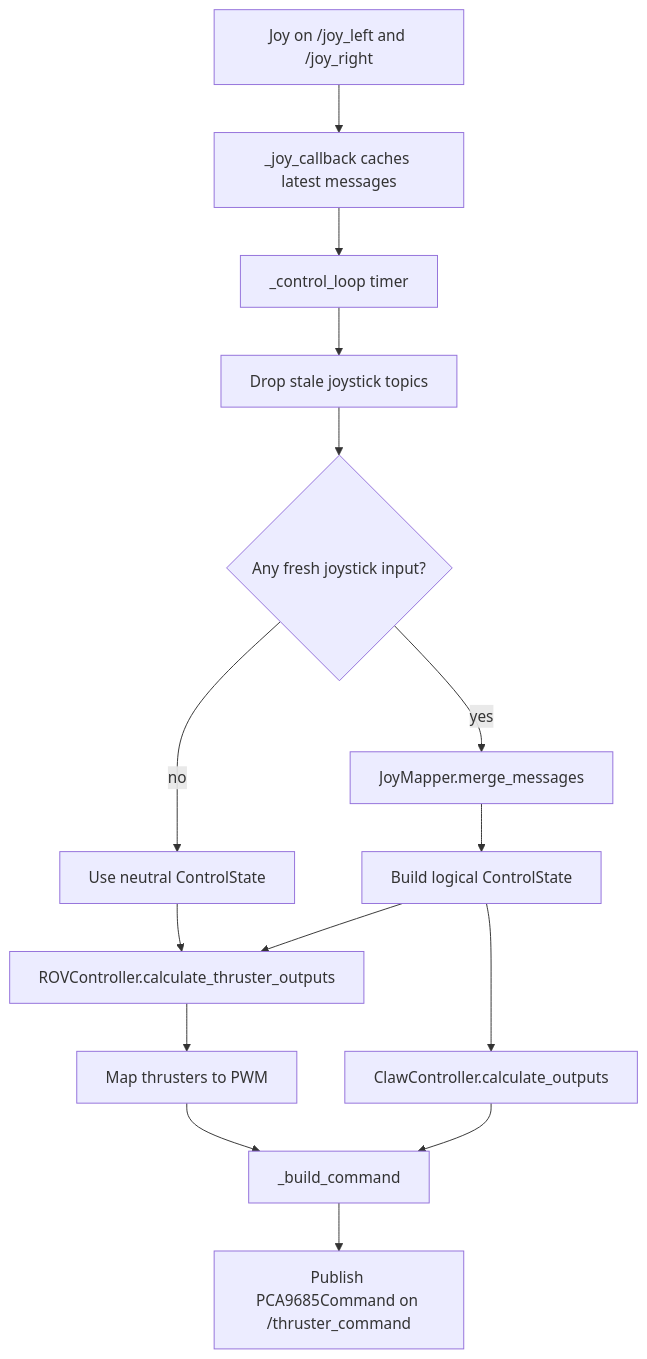
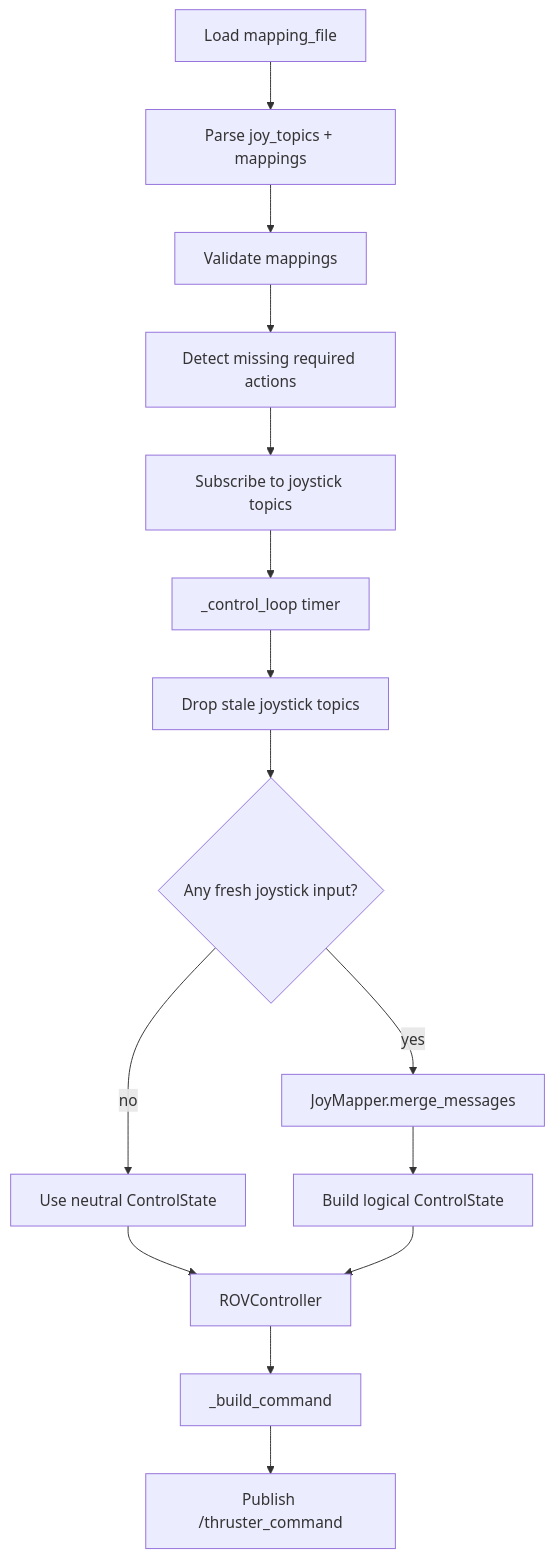
The diagram in system_documents/joystick_logic_node.md (slvusd/slvrov_ros), drawn with Mermaid before and after one commit. The commit also changed other lines of this file and 11 other files, not shown here.

````diff
--- a/system_documents/joystick_logic_node.md
+++ b/system_documents/joystick_logic_node.md
@@ -25,17 +34,17 @@
 ```mermaid
 flowchart TD
-    A["Joy on /joy_left and /joy_right"] --> B["_joy_callback caches latest messages"]
-    B --> C["_control_loop timer"]
-    C --> D["Drop stale joystick topics"]
-    D --> E{"Any fresh joystick input?"}
-    E -- "no" --> F["Use neutral ControlState"]
-    E -- "yes" --> G["JoyMapper.merge_messages"]
-    G --> H["Build logical ControlState"]
-    F --> I["ROVController.calculate_thruster_outputs"]
-    H --> I
-    I --> J["Map thrusters to PWM"]
-    H --> K["ClawController.calculate_outputs"]
-    J --> L["_build_command"]
+    A["Load mapping_file"] --> B["Parse joy_topics + mappings"]
+    B --> C["Validate mappings"]
+    C --> D["Detect missing required actions"]
+    D --> E["Subscribe to joystick topics"]
+    E --> F["_control_loop timer"]
+    F --> G["Drop stale joystick topics"]
+    G --> H{"Any fresh joystick input?"}
+    H -- "no" --> I["Use neutral ControlState"]
+    H -- "yes" --> J["JoyMapper.merge_messages"]
+    J --> K["Build logical ControlState"]
+    I --> L["ROVController"]
     K --> L
-    L --> M["Publish PCA9685Command on /thruster_command"]
+    L --> M["_build_command"]
+    M --> N["Publish /thruster_command"]
 ```
````
